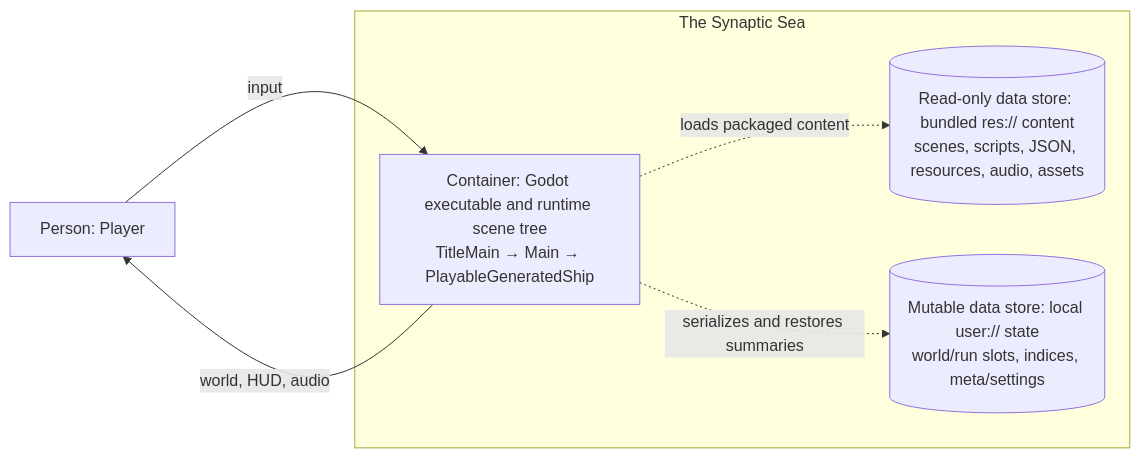
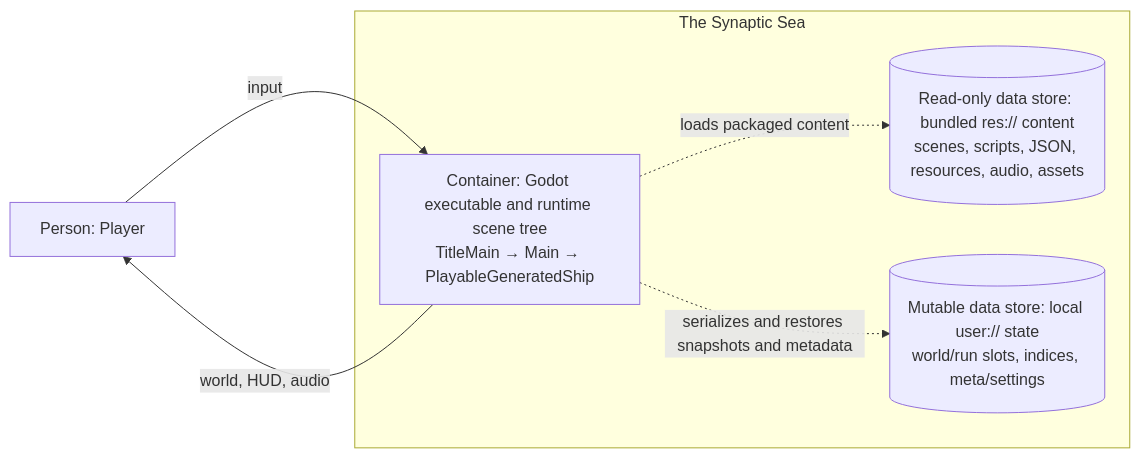
Before and after one commit to 9thLevelSoftware/the-synaptic-sea: the diagram in docs/game/architecture/02-c4-containers.md, drawn with Mermaid. The commit also changed 2 other files, not shown here.

Commit message:
fix: refresh architecture overview evidence

````diff
--- a/docs/game/architecture/02-c4-containers.md
+++ b/docs/game/architecture/02-c4-containers.md
@@ -15,17 +15,17 @@
 ```mermaid
 flowchart LR
   Player["Person: Player"]
   subgraph System["The Synaptic Sea"]
     Runtime["Container: Godot executable and runtime scene tree<br/>TitleMain → Main → PlayableGeneratedShip"]
     Content[("Read-only data store: bundled res:// content<br/>scenes, scripts, JSON, resources, audio, assets")]
     Saves[("Mutable data store: local user:// state<br/>world/run slots, indices, meta/settings")]
   end
 
   Player input@-->|"input"| Runtime
   Runtime feedback@-->|"world, HUD, audio"| Player
   Runtime contentRead@-->|"loads packaged content"| Content
-  Runtime saveReadWrite@-->|"serializes and restores summaries"| Saves
+  Runtime saveReadWrite@-->|"serializes and restores snapshots and metadata"| Saves
 
   classDef dataEdge stroke-dasharray:2\,3;
   class contentRead,saveReadWrite dataEdge;
 ```
````
